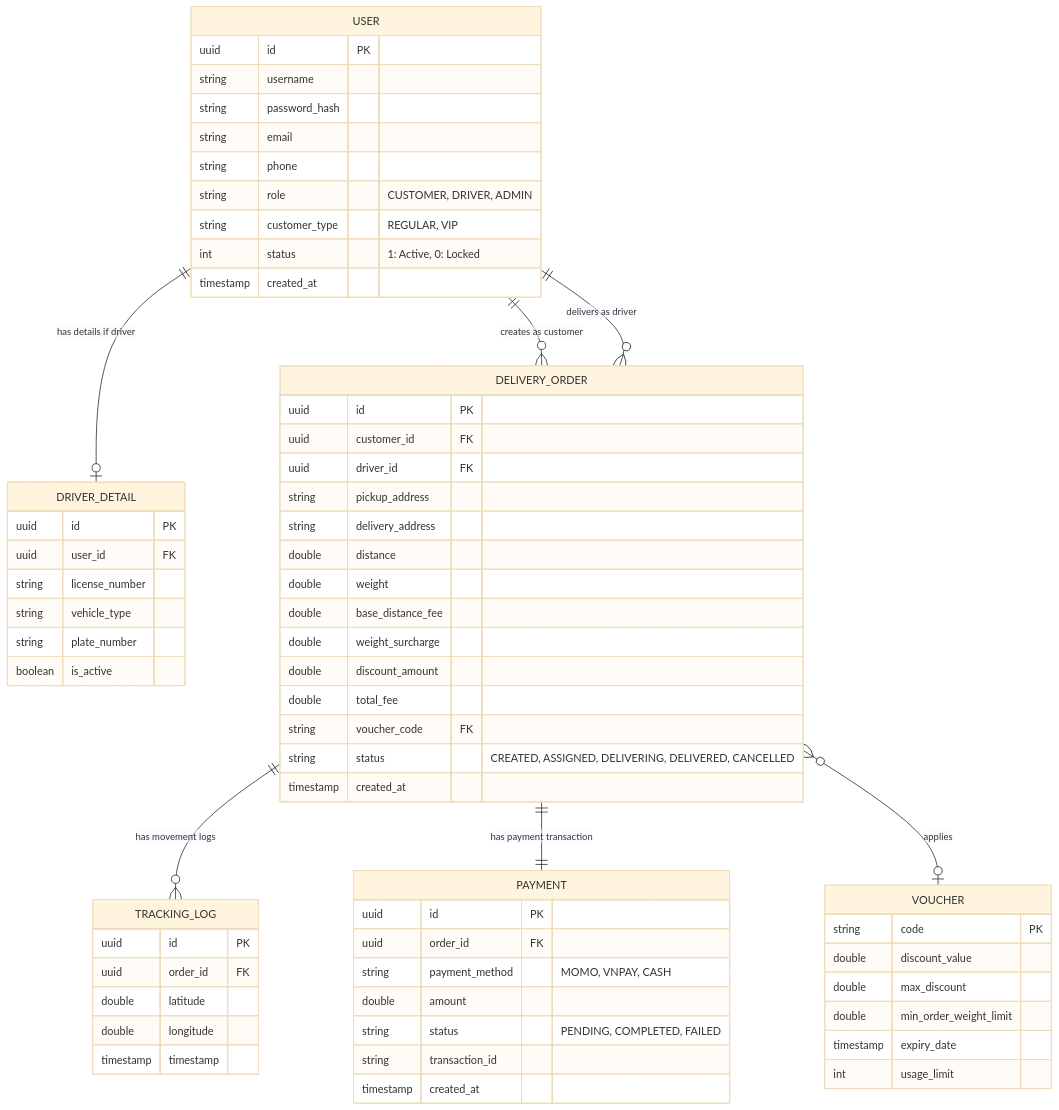
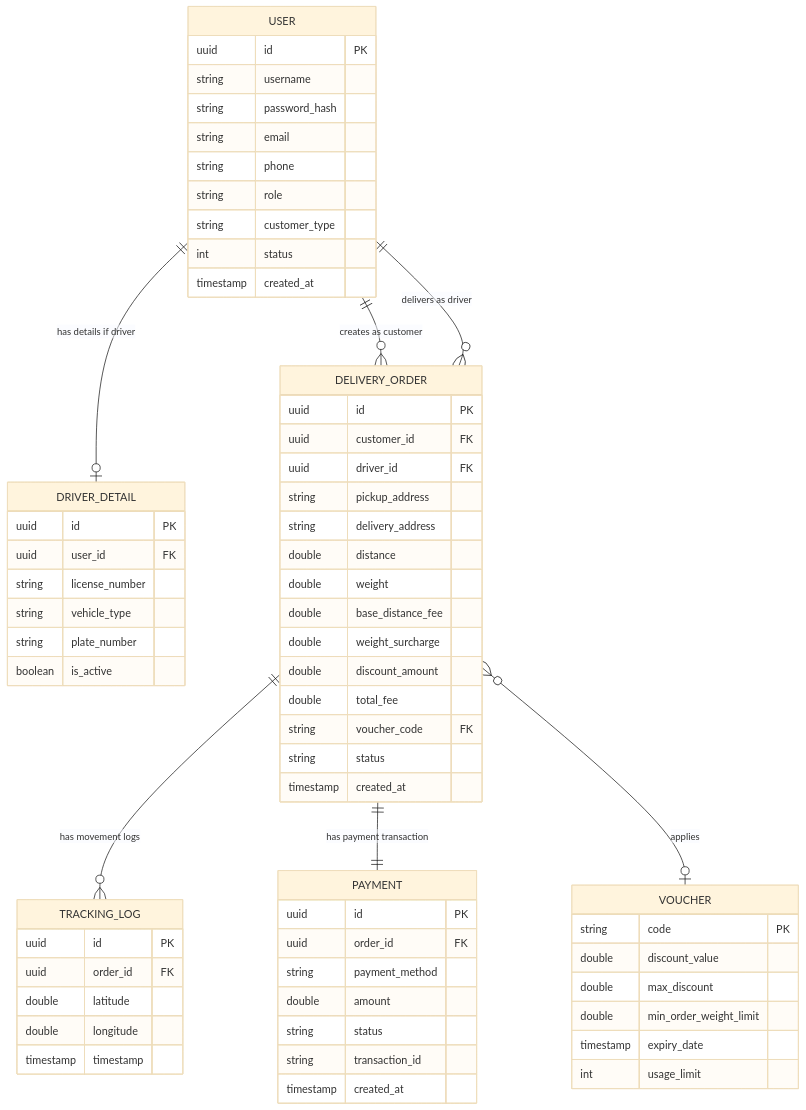
Before and after one commit to ThanhDZsudo/IT212_HN-K24-CNTT3_NguyenTienThanh_001: the diagram in README.md, drawn with Mermaid (base theme). The commit also changed other lines of this file, not shown here.

````diff
--- a/README.md
+++ b/README.md
@@ -194,74 +78,74 @@
-```mermaid
-erDiagram
-    USER ||--o| DRIVER_DETAIL : "has details if driver"
-    USER ||--o{ DELIVERY_ORDER : "creates as customer"
-    USER ||--o{ DELIVERY_ORDER : "delivers as driver"
-    DELIVERY_ORDER ||--o{ TRACKING_LOG : "has movement logs"
-    DELIVERY_ORDER ||--|| PAYMENT : "has payment transaction"
-    DELIVERY_ORDER }o--o| VOUCHER : "applies"
+  ```mermaid
+  erDiagram
+      USER ||--o| DRIVER_DETAIL : "has details if driver"
+      USER ||--o{ DELIVERY_ORDER : "creates as customer"
+      USER ||--o{ DELIVERY_ORDER : "delivers as driver"
+      DELIVERY_ORDER ||--o{ TRACKING_LOG : "has movement logs"
+      DELIVERY_ORDER ||--|| PAYMENT : "has payment transaction"
+      DELIVERY_ORDER }o--o| VOUCHER : "applies"
 
-    USER {
-        uuid id PK
-        string username
-        string password_hash
-        string email
-        string phone
-        string role "CUSTOMER, DRIVER, ADMIN"
-        string customer_type "REGULAR, VIP"
-        int status "1: Active, 0: Locked"
-        timestamp created_at
-    }
+      USER {
+          uuid id PK
+          string username
+          string password_hash
+          string email
+          string phone
+          string role
+          string customer_type
+          int status
+          timestamp created_at
+      }
 
-    DRIVER_DETAIL {
-        uuid id PK
-        uuid user_id FK
-        string license_number
-        string vehicle_type
-        string plate_number
-        boolean is_active
-    }
+      DRIVER_DETAIL {
+          uuid id PK
+          uuid user_id FK
+          string license_number
+          string vehicle_type
+          string plate_number
+          boolean is_active
+      }
 
-    DELIVERY_ORDER {
-        uuid id PK
-        uuid customer_id FK
-        uuid driver_id FK
-        string pickup_address
-        string delivery_address
-        double distance
-        double weight
-        double base_distance_fee
-        double weight_surcharge
-        double discount_amount
-        double total_fee
-        string voucher_code FK
-        string status "CREATED, ASSIGNED, DELIVERING, DELIVERED, CANCELLED"
-        timestamp created_at
-    }
+      DELIVERY_ORDER {
+          uuid id PK
+          uuid customer_id FK
+          uuid driver_id FK
+          string pickup_address
+          string delivery_address
+          double distance
+          double weight
+          double base_distance_fee
+          double weight_surcharge
+          double discount_amount
+          double total_fee
+          string voucher_code FK
+          string status
+          timestamp created_at
+      }
 
-    VOUCHER {
-        string code PK
-        double discount_value
-        double max_discount
-        double min_order_weight_limit
-        timestamp expiry_date
-        int usage_limit
-    }
+      VOUCHER {
+          string code PK
+          double discount_value
+          double max_discount
+          double min_order_weight_limit
+          timestamp expiry_date
+          int usage_limit
+      }
 
-    TRACKING_LOG {
-        uuid id PK
-        uuid order_id FK
-        double latitude
-        double longitude
-        timestamp timestamp
-    }
+      TRACKING_LOG {
+          uuid id PK
+          uuid order_id FK
+          double latitude
+          double longitude
+          timestamp timestamp
+      }
 
-    PAYMENT {
-        uuid id PK
-        uuid order_id FK
-        string payment_method "MOMO, VNPAY, CASH"
-        double amount
-        string status "PENDING, COMPLETED, FAILED"
-        string transaction_id
-        timestamp created_at
-    }
-```
+      PAYMENT {
+          uuid id PK
+          uuid order_id FK
+          string payment_method
+          double amount
+          string status
+          string transaction_id
+          timestamp created_at
+      }
+  ```
````
